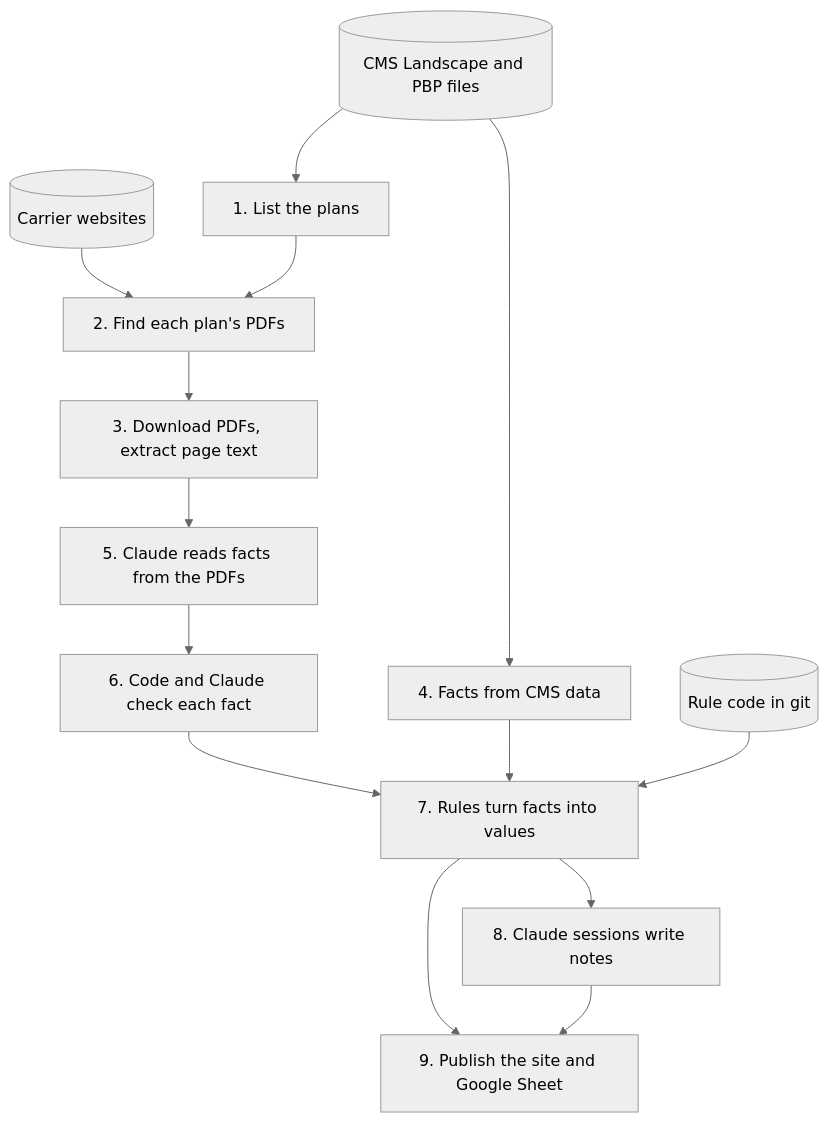
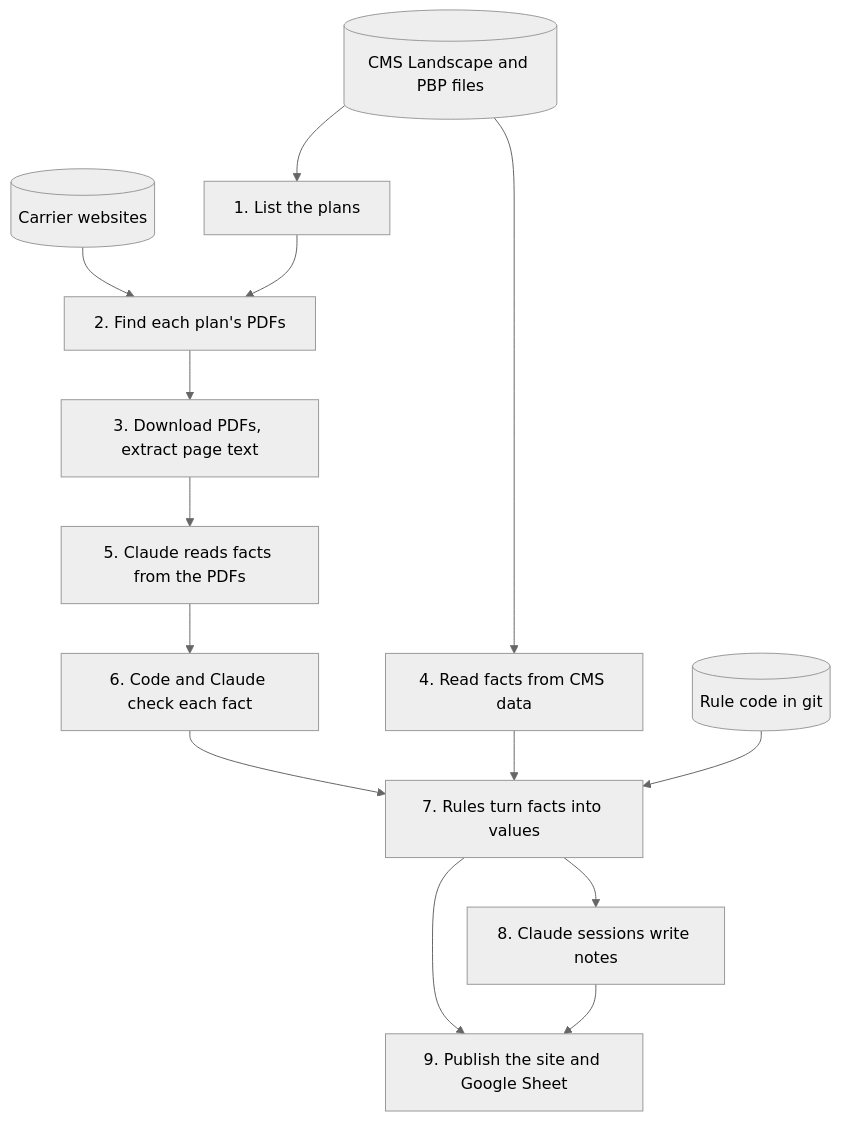
The diagram in docs/pipeline.md (rosenhouse-bot-sandbox/shiba-data), drawn with Mermaid (neutral theme) before and after one commit. The commit also changed other lines of this file and 4 other files, not shown here.

````diff
--- a/docs/pipeline.md
+++ b/docs/pipeline.md
@@ -46,16 +46,16 @@
 ```mermaid
 flowchart TD
   cms[(CMS Landscape and PBP files)] --> plans[1. List the plans]
   carriers[(Carrier websites)] --> find[2. Find each plan's PDFs]
   plans --> find
   find --> text[3. Download PDFs, extract page text]
-  cms --> cmsfacts[4. Facts from CMS data]
+  cms --> cmsfacts[4. Read facts from CMS data]
   text --> read[5. Claude reads facts from the PDFs]
   read --> check[6. Code and Claude check each fact]
   check --> present[7. Rules turn facts into values]
   cmsfacts --> present
   rules[(Rule code in git)] --> present
   present --> notes[8. Claude sessions write notes]
   present --> publish[9. Publish the site and Google Sheet]
   notes --> publish
 ```
````
